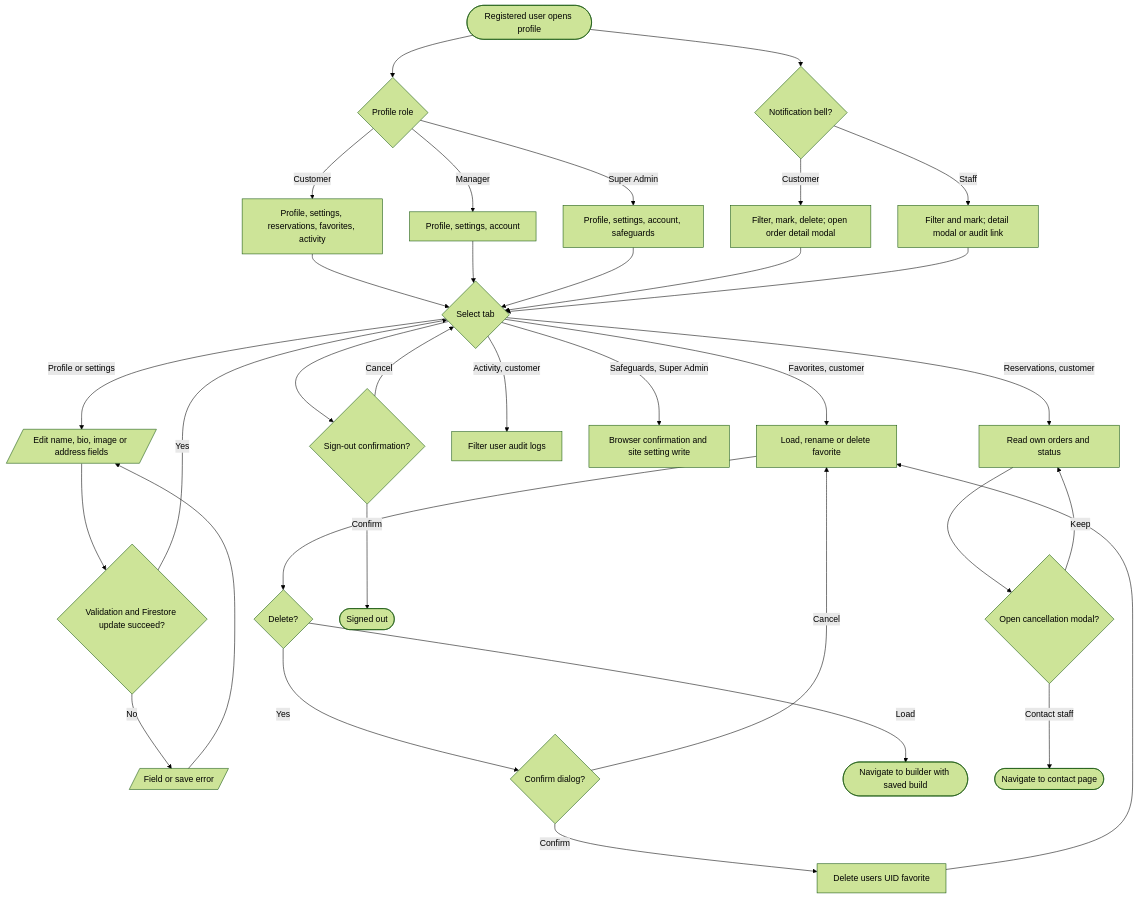
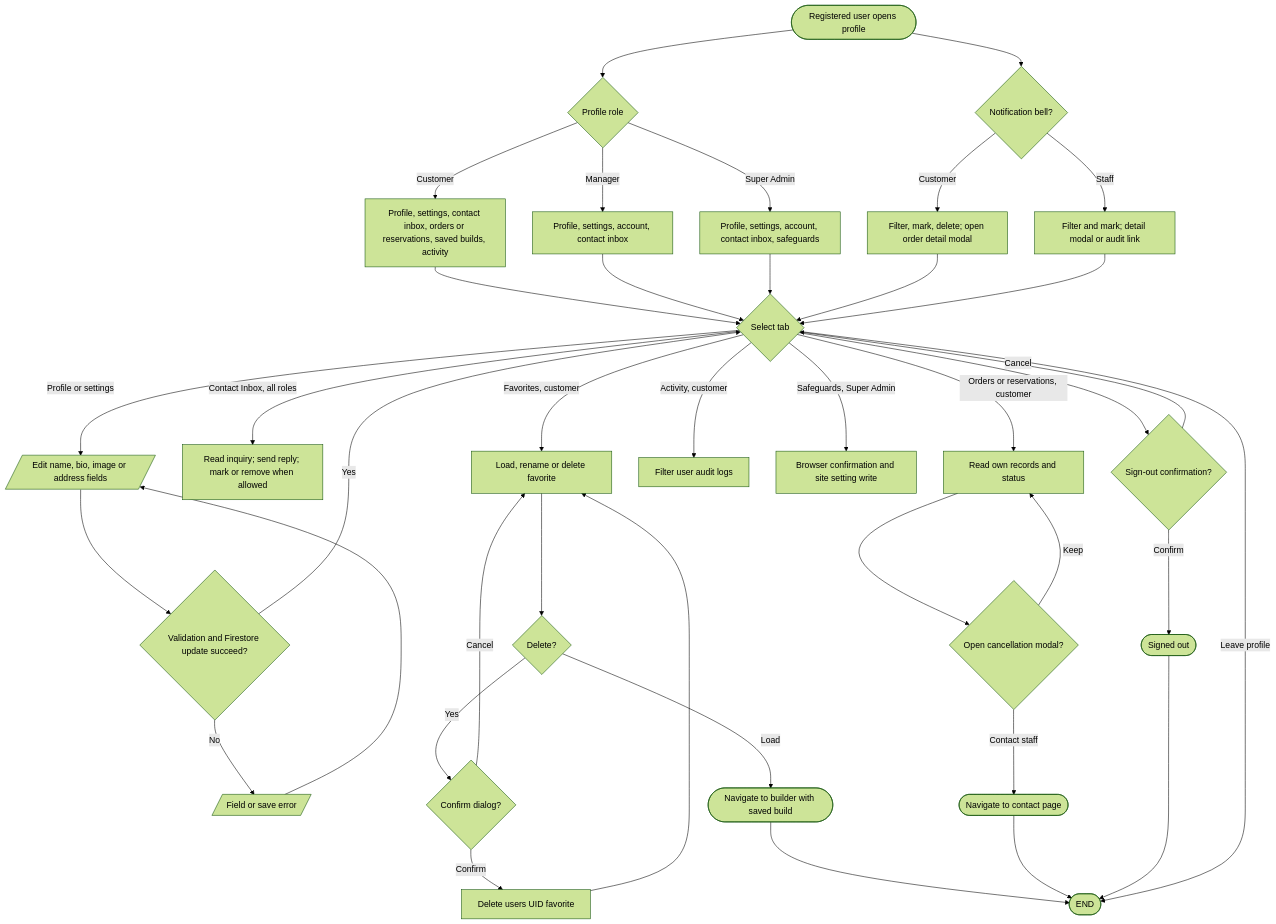
The diagram in docs/flowcharts/profile-flowchart.md (VirgenRayzon/BuilbotAI), drawn with Mermaid (forest theme) before and after one commit. The commit also changed other lines of this file and 109 other files, not shown here.

Commit message:
feat(builder): add live recommendations, budget slider, and updated system flowcharts

````diff
--- a/docs/flowcharts/profile-flowchart.md
+++ b/docs/flowcharts/profile-flowchart.md
@@ -3,34 +7,39 @@
 ```mermaid
 flowchart TD
   Start([Registered user opens profile]) --> Role{Profile role}
-  Role -- Customer --> Customer[Profile, settings, reservations, favorites, activity]
-  Role -- Manager --> Manager[Profile, settings, account]
-  Role -- Super Admin --> Super[Profile, settings, account, safeguards]
+  Role -- Customer --> Customer[Profile, settings, contact inbox, orders or reservations, saved builds, activity]
+  Role -- Manager --> Manager[Profile, settings, account, contact inbox]
+  Role -- Super Admin --> Super[Profile, settings, account, contact inbox, safeguards]
   Customer --> Tab{Select tab}
   Manager --> Tab
   Super --> Tab
   Tab -- Profile or settings --> Edit[/Edit name, bio, image or address fields/]
   Edit --> Save{Validation and Firestore update succeed?}
   Save -- No --> EditError[/Field or save error/] --> Edit
   Save -- Yes --> Tab
+  Tab -- Contact Inbox, all roles --> Inbox[Read inquiry; send reply; mark or remove when allowed]
   Tab -- Favorites, customer --> Favorite[Load, rename or delete favorite]
   Favorite --> FavChoice{Delete?}
   FavChoice -- Yes --> FavConfirm{Confirm dialog?}
   FavConfirm -- Cancel --> Favorite
   FavConfirm -- Confirm --> FavWrite[Delete users UID favorite] --> Favorite
   FavChoice -- Load --> Builder([Navigate to builder with saved build])
-  Tab -- Reservations, customer --> Orders[Read own orders and status]
+  Tab -- Orders or reservations, customer --> Orders[Read own records and status]
   Orders --> CancelModal{Open cancellation modal?}
   CancelModal -- Keep --> Orders
   CancelModal -- Contact staff --> Contact([Navigate to contact page])
   Tab -- Activity, customer --> Audit[Filter user audit logs]
   Tab -- Safeguards, Super Admin --> Controls[Browser confirmation and site setting write]
   Start --> Bell{Notification bell?}
   Bell -- Customer --> UserNotice[Filter, mark, delete; open order detail modal]
   Bell -- Staff --> StaffNotice[Filter and mark; detail modal or audit link]
   UserNotice --> Tab
   StaffNotice --> Tab
   Tab --> SignOut{Sign-out confirmation?}
   SignOut -- Cancel --> Tab
   SignOut -- Confirm --> Exit([Signed out])
+  Builder --> Finish([END])
+  Contact --> Finish
+  Exit --> Finish
+  Tab -- Leave profile --> Finish
 ```
````
